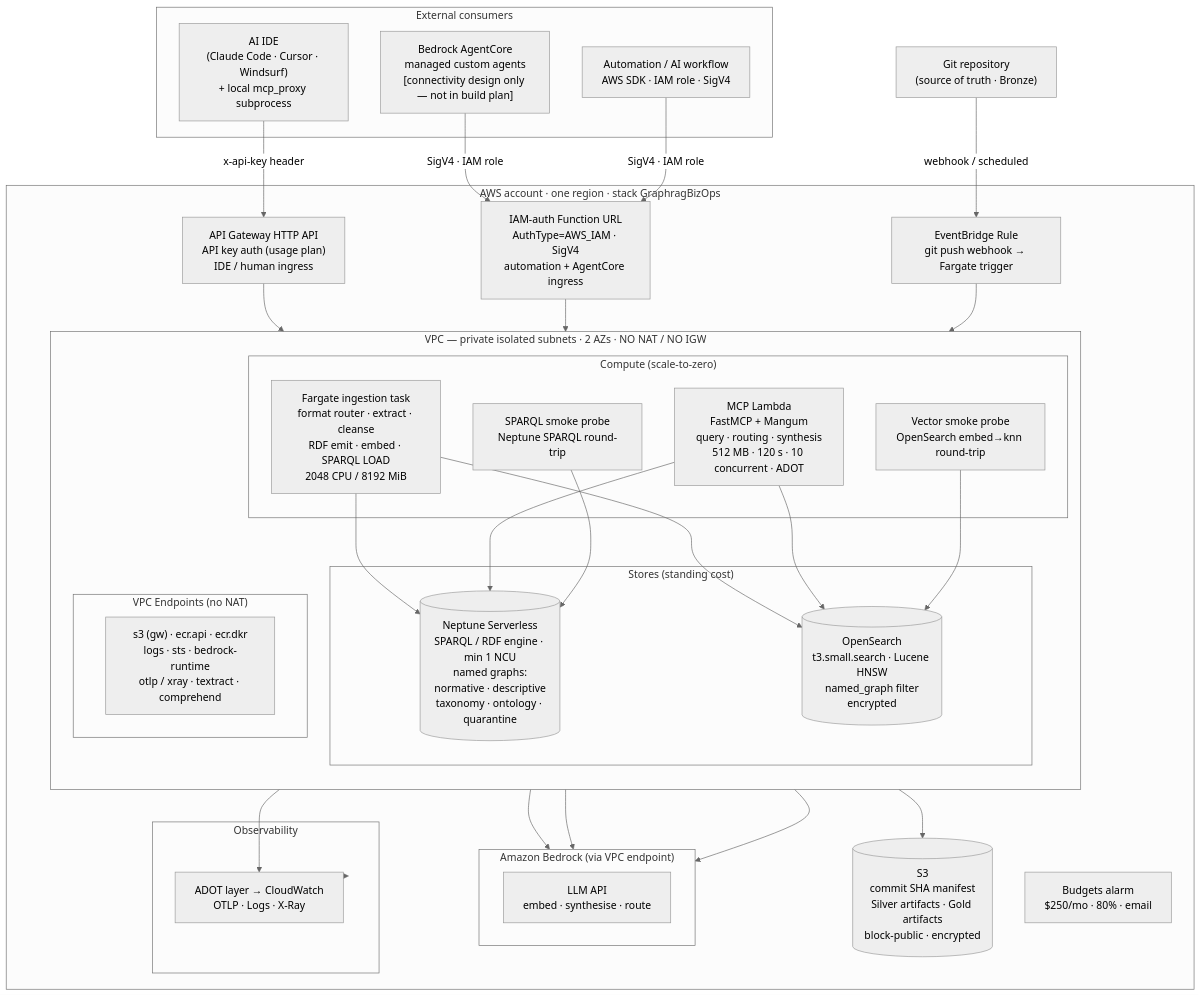
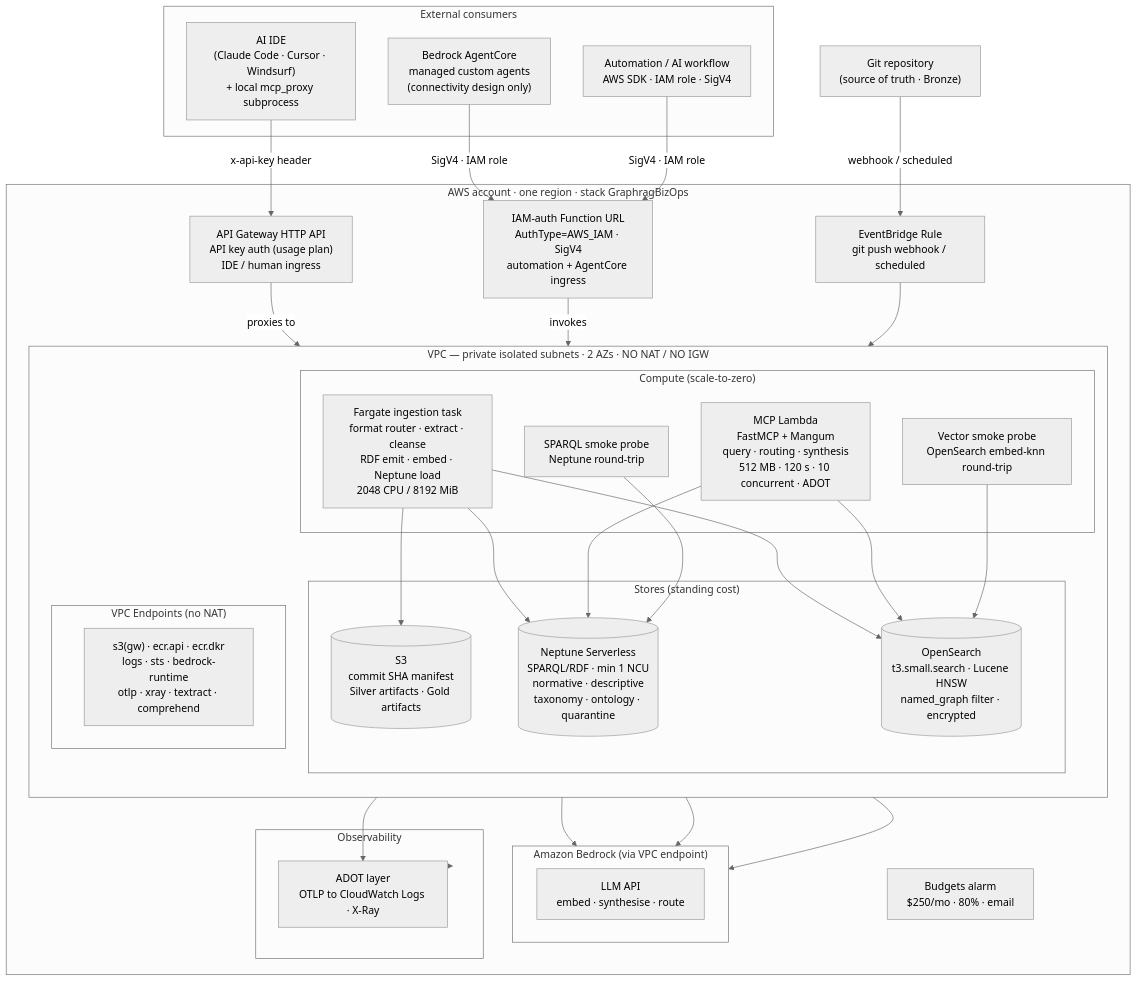
One commit to eugenelim/graphrag-aws-template changed the fifth of 5 diagrams in docs/architecture/biz-ops-knowledge-graph/design.md. Above: the diagram before and after it, drawn with Mermaid (neutral theme). The commit also changed other lines of this file, not shown here.

First line of the commit message:
docs(architecture): fix invalid mermaid diagrams and clarify physical topology connections

````diff
--- a/docs/architecture/biz-ops-knowledge-graph/design.md
+++ b/docs/architecture/biz-ops-knowledge-graph/design.md
@@ -738,71 +737,70 @@
 ```mermaid
 flowchart TB
     subgraph Consumers["External consumers"]
-        IDE["AI IDE\n(Claude Code · Cursor · Windsurf)\n+ local mcp_proxy subprocess"]
-        AGC["Bedrock AgentCore\nmanaged custom agents\n[connectivity design only — not in build plan]"]
-        AUTO["Automation / AI workflow\nAWS SDK · IAM role · SigV4"]
+        IDE["AI IDE<br/>(Claude Code · Cursor · Windsurf)<br/>+ local mcp_proxy subprocess"]
+        AGC["Bedrock AgentCore<br/>managed custom agents<br/>(connectivity design only)"]
+        AUTO["Automation / AI workflow<br/>AWS SDK · IAM role · SigV4"]
     end
 
     subgraph AWS["AWS account · one region · stack GraphragBizOps"]
-        APIGW["API Gateway HTTP API\nAPI key auth (usage plan)\nIDE / human ingress"]
-        FU["IAM-auth Function URL\nAuthType=AWS_IAM · SigV4\nautomation + AgentCore ingress"]
-
-        S3[("S3\ncommit SHA manifest\nSilver artifacts · Gold artifacts\nblock-public · encrypted")]
-        BUD["Budgets alarm\n$250/mo · 80% · email"]
-        EB["EventBridge Rule\ngit push webhook → Fargate trigger"]
+        APIGW["API Gateway HTTP API<br/>API key auth (usage plan)<br/>IDE / human ingress"]
+        FU["IAM-auth Function URL<br/>AuthType=AWS_IAM · SigV4<br/>automation + AgentCore ingress"]
+        BUD["Budgets alarm<br/>$250/mo · 80% · email"]
+        EB["EventBridge Rule<br/>git push webhook / scheduled"]
 
         subgraph VPC["VPC — private isolated subnets · 2 AZs · NO NAT / NO IGW"]
             direction TB
 
             subgraph Compute["Compute (scale-to-zero)"]
-                ING["Fargate ingestion task\nformat router · extract · cleanse\nRDF emit · embed · SPARQL LOAD\n2048 CPU / 8192 MiB"]
-                ML["MCP Lambda\nFastMCP + Mangum\nquery · routing · synthesis\n512 MB · 120 s · 10 concurrent · ADOT"]
-                SP["SPARQL smoke probe\nNeptune SPARQL round-trip"]
-                VP["Vector smoke probe\nOpenSearch embed→knn round-trip"]
+                ML["MCP Lambda<br/>FastMCP + Mangum<br/>query · routing · synthesis<br/>512 MB · 120 s · 10 concurrent · ADOT"]
+                ING["Fargate ingestion task<br/>format router · extract · cleanse<br/>RDF emit · embed · Neptune load<br/>2048 CPU / 8192 MiB"]
+                SP["SPARQL smoke probe<br/>Neptune round-trip"]
+                VP["Vector smoke probe<br/>OpenSearch embed-knn round-trip"]
             end
 
             subgraph Stores["Stores (standing cost)"]
-                NEP[("Neptune Serverless\nSPARQL / RDF engine · min 1 NCU\nnamed graphs:\nnormative · descriptive\ntaxonomy · ontology · quarantine")]
-                OS[("OpenSearch\nt3.small.search · Lucene HNSW\nnamed_graph filter\nencrypted")]
+                NEP[("Neptune Serverless<br/>SPARQL/RDF · min 1 NCU<br/>normative · descriptive<br/>taxonomy · ontology · quarantine")]
+                OS[("OpenSearch<br/>t3.small.search · Lucene HNSW<br/>named_graph filter · encrypted")]
+                S3[("S3<br/>commit SHA manifest<br/>Silver artifacts · Gold artifacts")]
             end
 
             subgraph Endpoints["VPC Endpoints (no NAT)"]
-                EPS["s3 (gw) · ecr.api · ecr.dkr\nlogs · sts · bedrock-runtime\notlp / xray · textract · comprehend"]
+                EPS["s3(gw) · ecr.api · ecr.dkr<br/>logs · sts · bedrock-runtime<br/>otlp · xray · textract · comprehend"]
             end
         end
 
         subgraph LLM["Amazon Bedrock (via VPC endpoint)"]
-            BD["LLM API\nembed · synthesise · route"]
+            BD["LLM API<br/>embed · synthesise · route"]
         end
 
         subgraph Obs["Observability"]
-            ADOT["ADOT layer → CloudWatch\nOTLP · Logs · X-Ray"]
+            ADOT["ADOT layer<br/>OTLP to CloudWatch Logs · X-Ray"]
         end
     end
 
-    Git["Git repository\n(source of truth · Bronze)"]
+    Git["Git repository<br/>(source of truth · Bronze)"]
 
     IDE -->|"x-api-key header"| APIGW
     AGC -->|"SigV4 · IAM role"| FU
     AUTO -->|"SigV4 · IAM role"| FU
 
-    APIGW --> ML
-    FU --> ML
+    APIGW -->|"proxies to"| ML
+    FU -->|"invokes"| ML
 
     Git -->|"webhook / scheduled"| EB
     EB --> ING
     ING --> S3
     ING --> NEP
     ING --> OS
     ING --> LLM
 
     ML --> NEP
     ML --> OS
     ML --> LLM
     ML --> ADOT
     ADOT --> Obs
 
     SP --> NEP
     VP --> OS
     VP --> LLM
 ```
````
